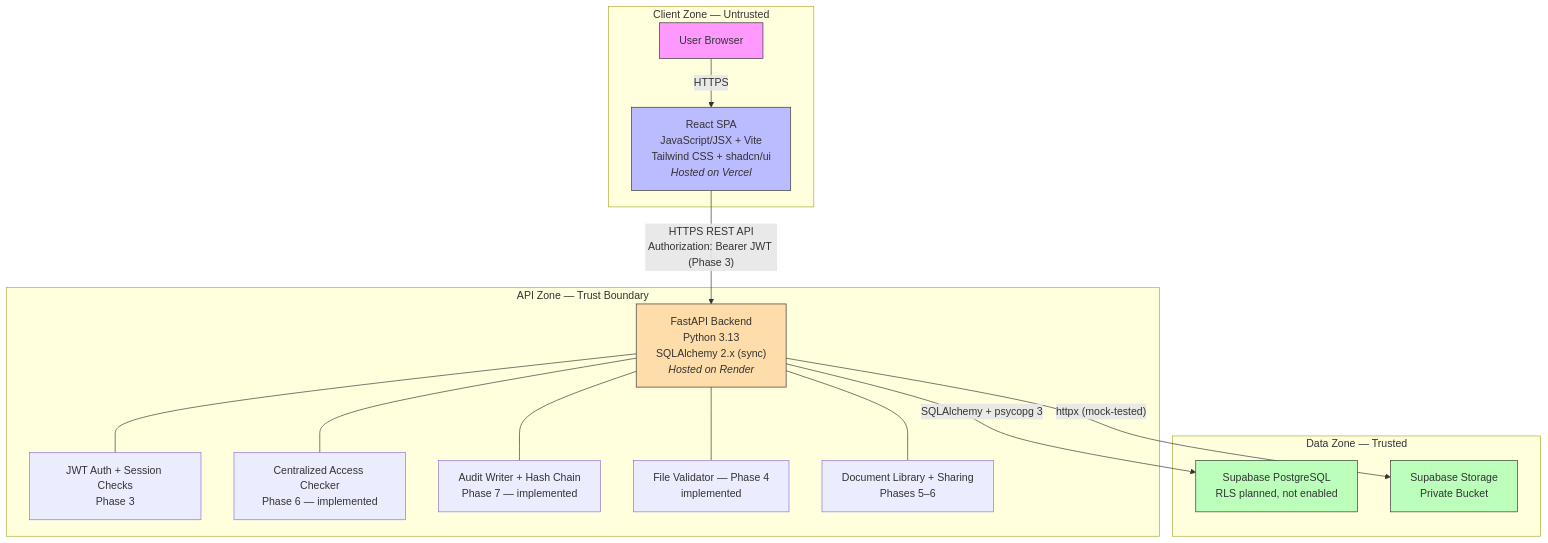
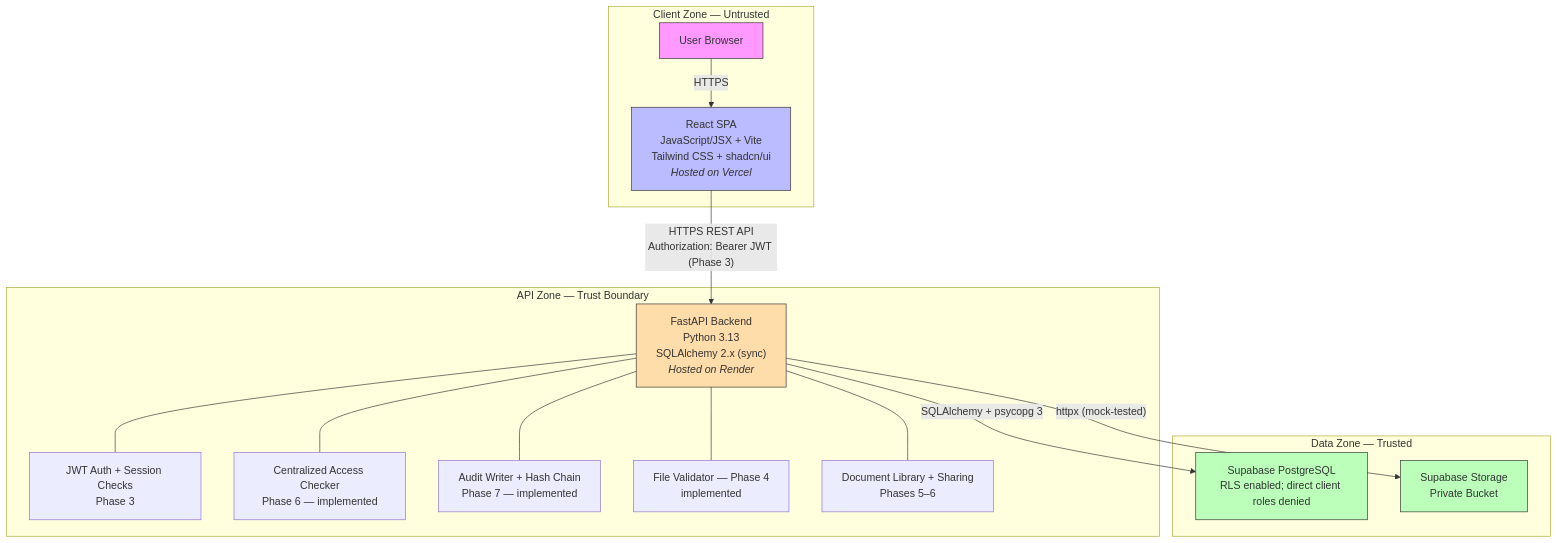
One commit to saisankeerth27/TrustVault changed the first of 4 diagrams in docs/ARCHITECTURE.md. Above: the diagram before and after it, drawn with Mermaid. The commit also changed other lines of this file and 40 other files, not shown here.

````diff
--- a/docs/ARCHITECTURE.md
+++ b/docs/ARCHITECTURE.md
@@ -11,37 +11,37 @@
 ```mermaid
 graph TB
     subgraph "Client Zone — Untrusted"
         Browser["User Browser"]
         ReactSPA["React SPA<br/>JavaScript/JSX + Vite<br/>Tailwind CSS + shadcn/ui<br/><i>Hosted on Vercel</i>"]
     end
 
     subgraph "API Zone — Trust Boundary"
         API["FastAPI Backend<br/>Python 3.13<br/>SQLAlchemy 2.x (sync)<br/><i>Hosted on Render</i>"]
         AuthMW["JWT Auth + Session Checks<br/>Phase 3"]
         PermCheck["Centralized Access Checker<br/>Phase 6 — implemented"]
         AuditSvc["Audit Writer + Hash Chain<br/>Phase 7 — implemented"]
         FileVal["File Validator — Phase 4<br/>implemented"]
         DocMgmt["Document Library + Sharing<br/>Phases 5–6"]
     end
 
     subgraph "Data Zone — Trusted"
-        DB["Supabase PostgreSQL<br/>RLS planned, not enabled"]
+        DB["Supabase PostgreSQL<br/>RLS enabled; direct client roles denied"]
         S3["Supabase Storage<br/>Private Bucket"]
     end
 
     Browser -->|"HTTPS"| ReactSPA
     ReactSPA -->|"HTTPS REST API<br/>Authorization: Bearer JWT (Phase 3)"| API
     API --- AuthMW
     API --- PermCheck
     API --- AuditSvc
     API --- FileVal
     API --- DocMgmt
     API -->|"SQLAlchemy + psycopg 3"| DB
     API -->|"httpx (mock-tested)"| S3
 
     style Browser fill:#f9f,stroke:#333
     style ReactSPA fill:#bbf,stroke:#333
     style API fill:#fda,stroke:#333
     style DB fill:#bfb,stroke:#333
     style S3 fill:#bfb,stroke:#333
 ```
````
